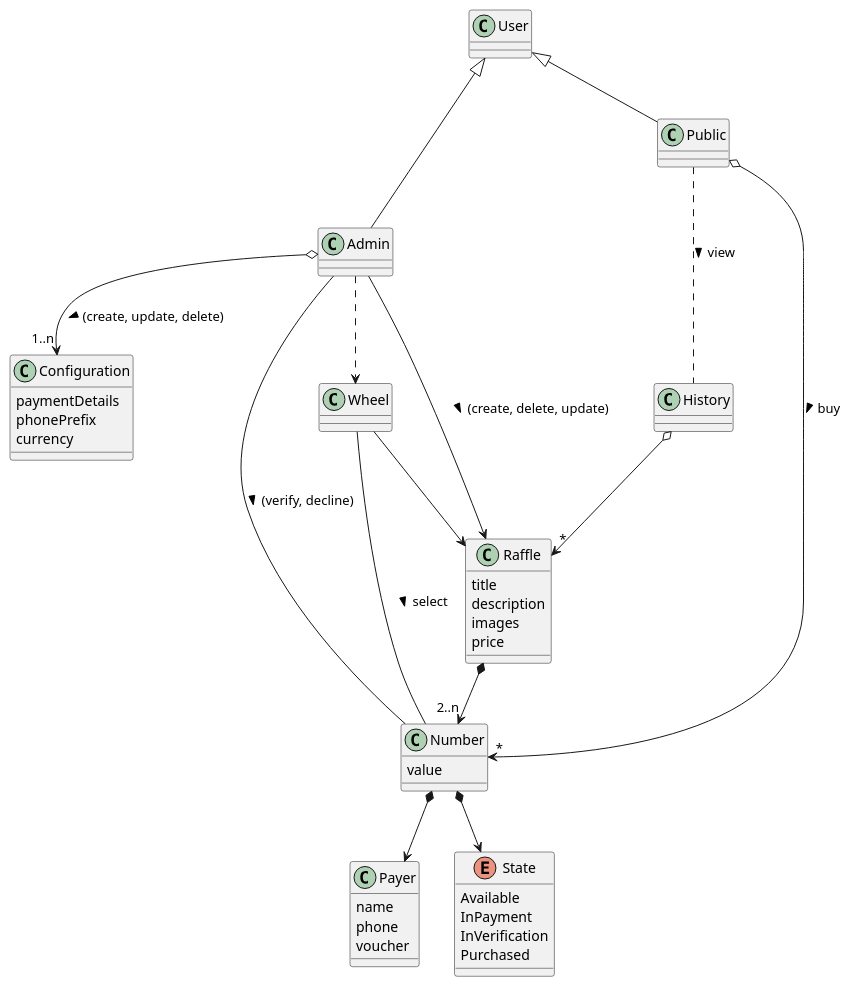
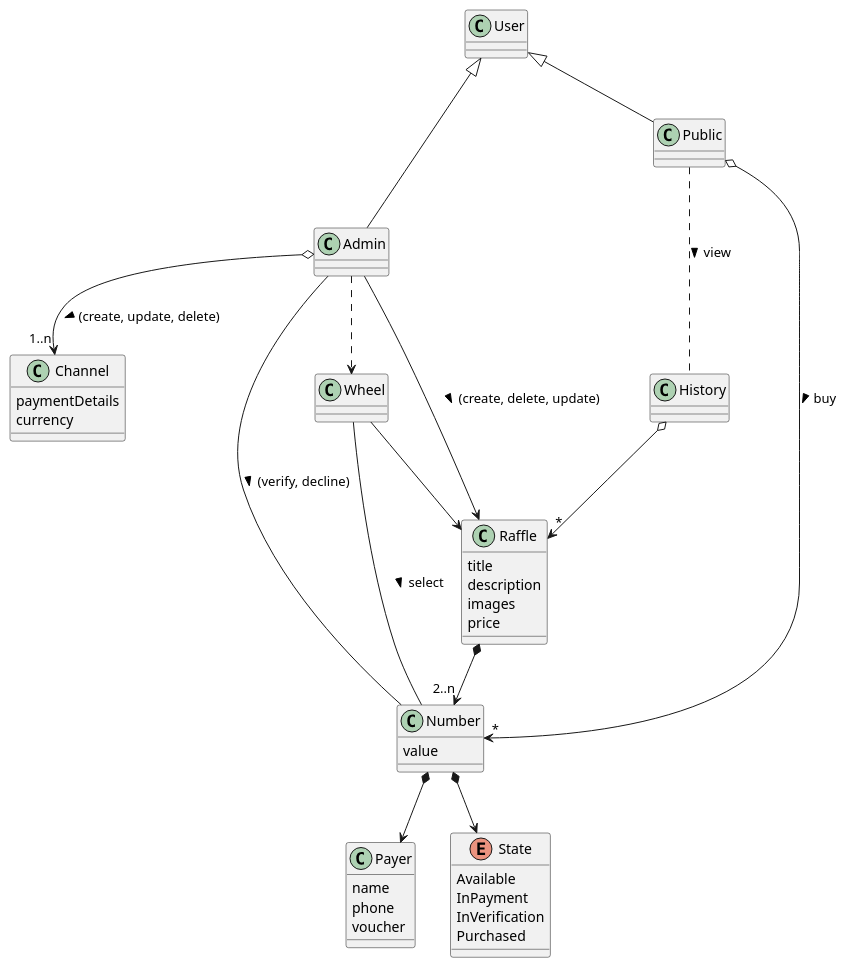
One commit to marcos-velasquez/raffle changed the diagram in docs/DomainModel/index.plantuml. Above: the diagram before and after it, drawn with PlantUML. The commit also changed 81 other files, not shown here.

Commit message:
refactor: rename Configuration collection to Channel for payment methods

```diff
--- a/docs/DomainModel/index.plantuml
+++ b/docs/DomainModel/index.plantuml
@@ -1,55 +1,54 @@
 @startuml DomainModel
 
 class User {}
 User <|-down- Admin
 User <|-down- Public
 
 class Admin {}
 Admin -down-> Raffle : "(create, delete, update) >"
 Admin -down- Number: "(verify, decline) >"
 Admin ..> Wheel
-Admin o-down-> "1..n" Configuration : "(create, update, delete) >"
+Admin o-down-> "1..n" Channel : "(create, update, delete) >"
 
-class Configuration {
+class Channel {
     paymentDetails
-    phonePrefix
     currency
 }
 
 class Public {}
 Public o-down-> "*" Number : "buy >"
 Public ... History : "view >"
 
 class Raffle {
     title
     description
     images
     price
 }
 Raffle *-down-> "2..n" Number
 
 class Number {
     value
 }
 class Payer {
     name
     phone 
     voucher
 }
 enum State {
     Available
     InPayment
     InVerification
     Purchased
 }
 Number *-down-> State 
 Number *-down-> Payer 
 
 class History {}
 History o-down-> "*" Raffle
 
 class Wheel {}
 Wheel -down-> Raffle
 Wheel -down-  Number : "select >" 
 
 @enduml
```
